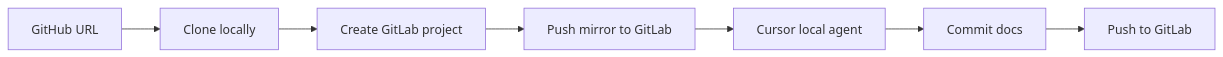
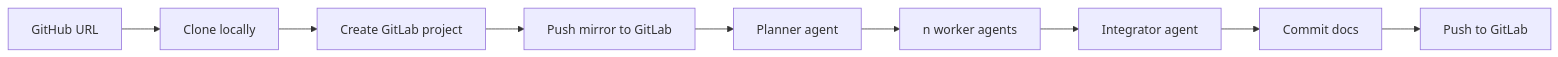
One commit to compf/open-source-code-documenter changed the diagram in README.md. Above: the diagram before and after it, drawn with Mermaid. The commit also changed other lines of this file and 17 other files, not shown here.

Commit message:
Add multi-agent support for documentation generation with Cursor and Claude

````diff
--- a/README.md
+++ b/README.md
@@ -9,9 +9,11 @@
 ```mermaid
 flowchart LR
   A[GitHub URL] --> B[Clone locally]
   B --> C[Create GitLab project]
   C --> D[Push mirror to GitLab]
-  D --> E[Cursor local agent]
-  E --> F[Commit docs]
-  F --> G[Push to GitLab]
+  D --> E[Planner agent]
+  E --> F[n worker agents]
+  F --> G[Integrator agent]
+  G --> H[Commit docs]
+  H --> I[Push to GitLab]
 ```
````
